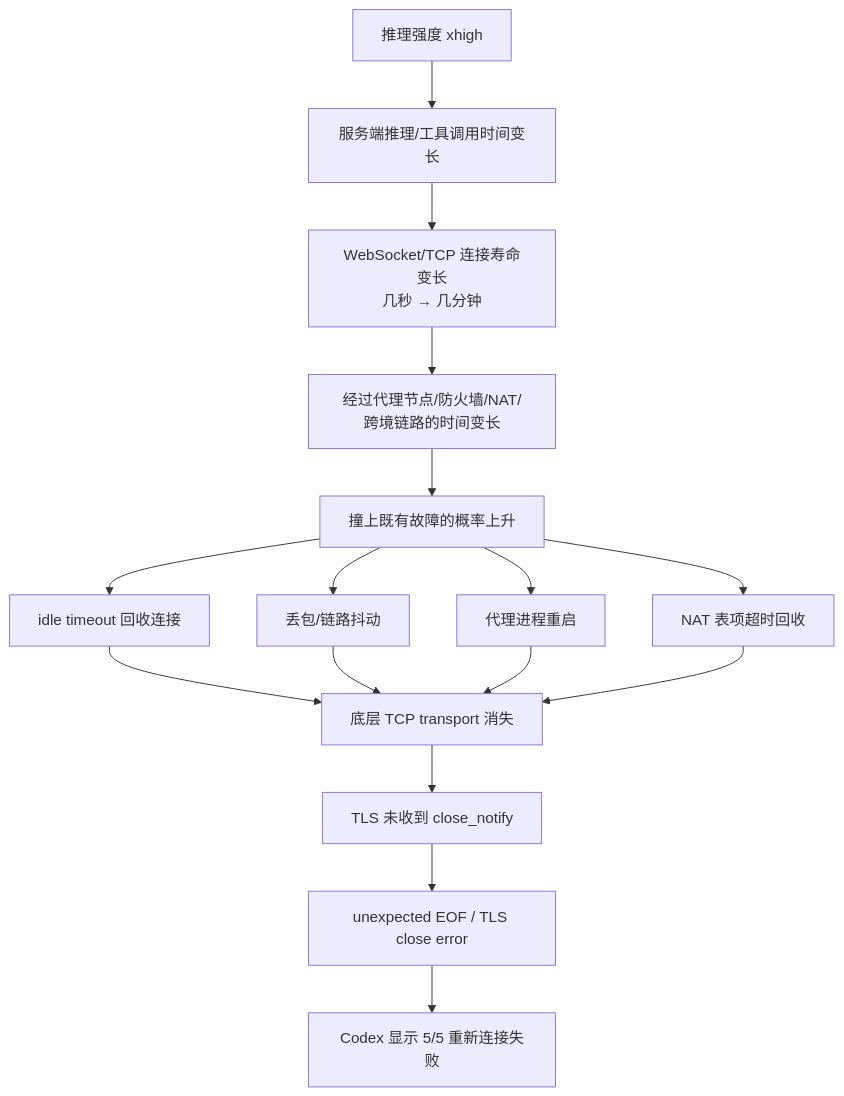
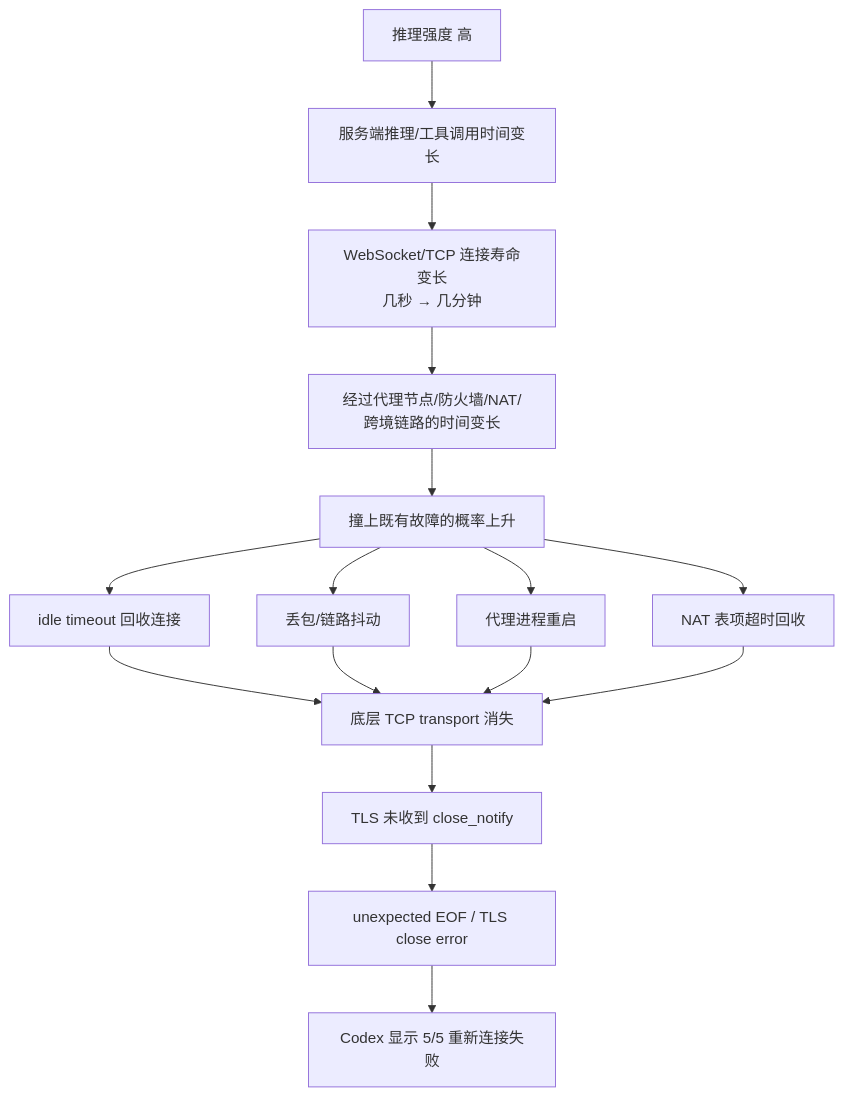
Before and after one commit to C-surfing/my-blog: the first of 22 diagrams in src/content/posts/codex-disconnect-network-think.mdx, drawn with Mermaid. The commit also changed 1 other file, not shown here.

Commit message:
blog: 措辞一致性修正(codex文章xhigh→高, workflow文章课程→视频)

````diff
--- a/src/content/posts/codex-disconnect-network-think.mdx
+++ b/src/content/posts/codex-disconnect-network-think.mdx
@@ -42,18 +42,18 @@
 ```mermaid
 flowchart TD
-    A["推理强度 xhigh"] --> B["服务端推理/工具调用时间变长"]
+    A["推理强度 高"] --> B["服务端推理/工具调用时间变长"]
     B --> C["WebSocket/TCP 连接寿命变长<br/>几秒 → 几分钟"]
     C --> D["经过代理节点/防火墙/NAT/跨境链路的时间变长"]
     D --> E["撞上既有故障的概率上升"]
     E --> F["idle timeout 回收连接"]
     E --> G["丢包/链路抖动"]
     E --> H["代理进程重启"]
     E --> I["NAT 表项超时回收"]
     F --> J["底层 TCP transport 消失"]
     G --> J
     H --> J
     I --> J
     J --> K["TLS 未收到 close_notify"]
     K --> L["unexpected EOF / TLS close error"]
     L --> M["Codex 显示 5/5 重新连接失败"]
 ```
````
